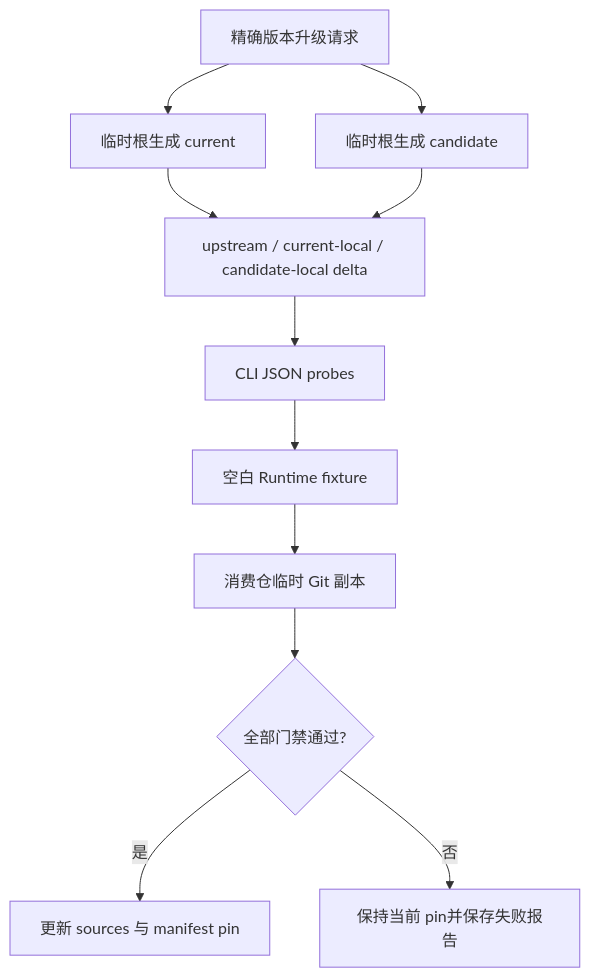
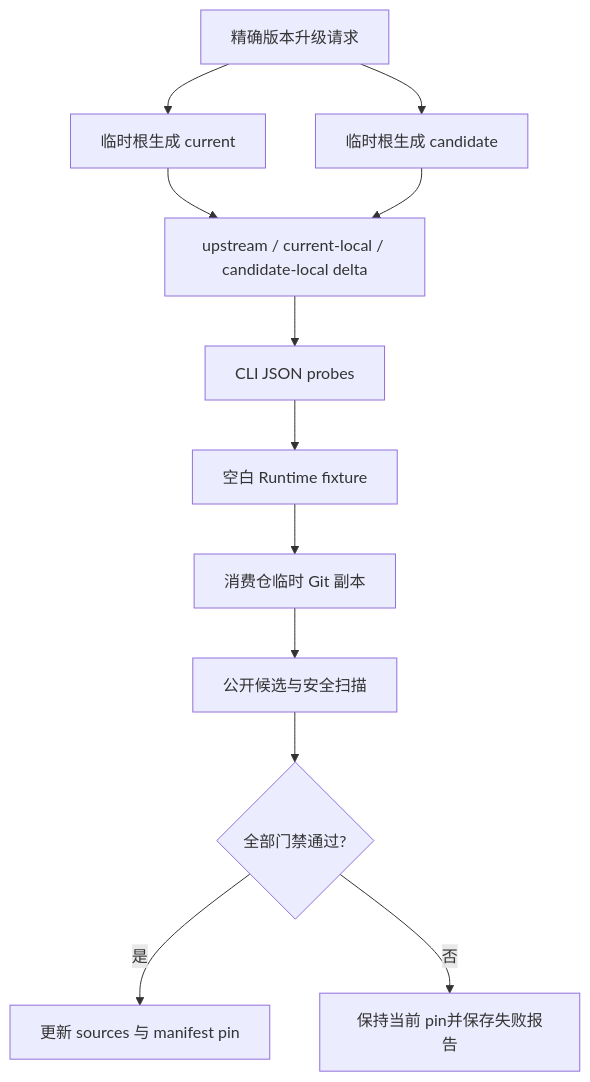
One commit to Eridanus117/delivery-spec-runtime changed the diagram in docs/openspec-upgrade.md. Above: the diagram before and after it, drawn with Mermaid. The commit also changed other lines of this file and 8 other files, not shown here.

````diff
--- a/docs/openspec-upgrade.md
+++ b/docs/openspec-upgrade.md
@@ -25,24 +25,26 @@
 ```mermaid
 flowchart TD
     Request[精确版本升级请求]
     Current[临时根生成 current]
     Candidate[临时根生成 candidate]
     Delta["upstream / current-local / candidate-local delta"]
     Probes[CLI JSON probes]
     Blank[空白 Runtime fixture]
     Consumers[消费仓临时 Git 副本]
+    Public[公开候选与安全扫描]
     Gate{全部门禁通过?}
     Promote[更新 sources 与 manifest pin]
     Keep[保持当前 pin并保存失败报告]
 
     Request --> Current
     Request --> Candidate
     Current --> Delta
     Candidate --> Delta
     Delta --> Probes
     Probes --> Blank
     Blank --> Consumers
-    Consumers --> Gate
+    Consumers --> Public
+    Public --> Gate
     Gate -->|是| Promote
     Gate -->|否| Keep
 ```
````
